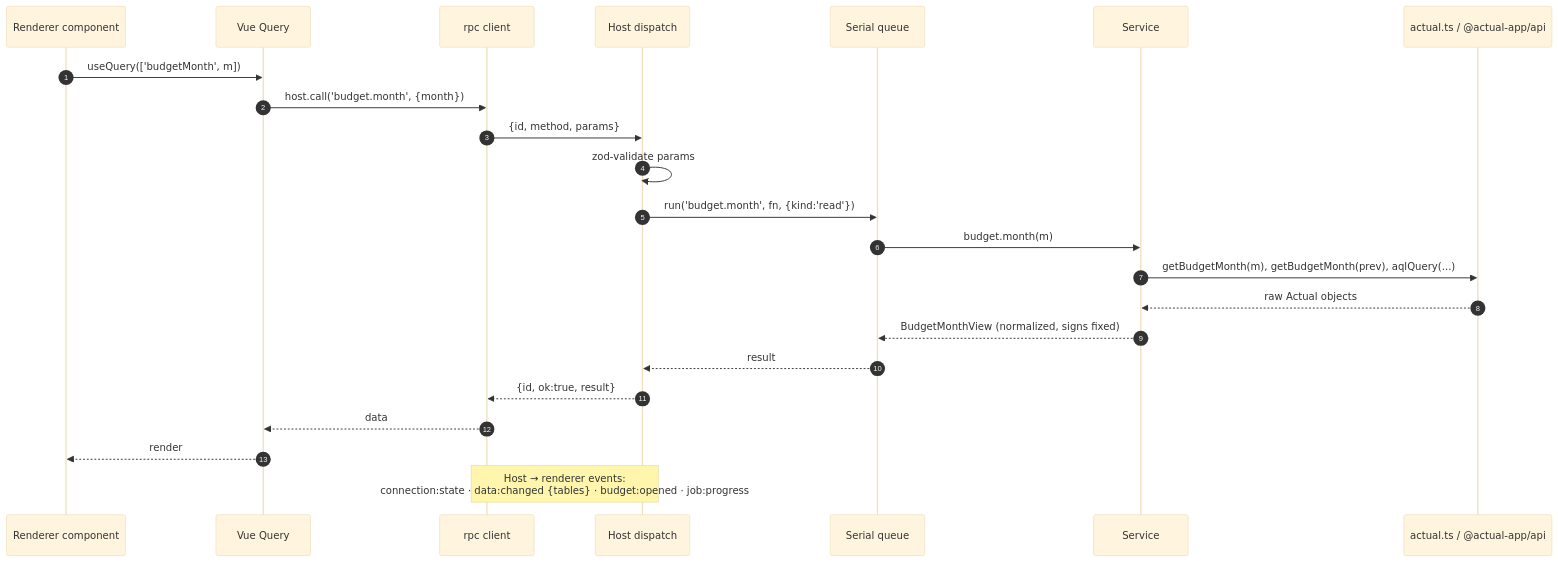
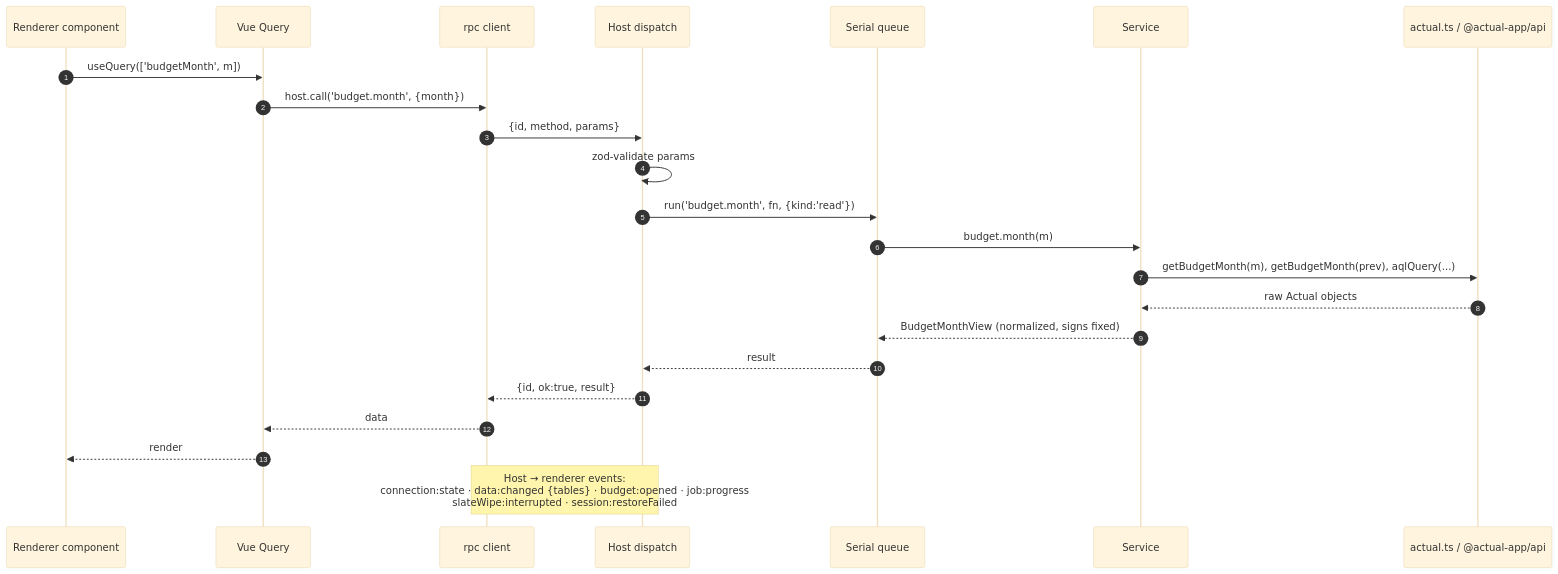
One commit to thomasjbarrett82/actuality changed the fourth of 12 diagrams in docs/architecture.md. Above: the diagram before and after it, drawn with Mermaid (base theme). The commit also changed other lines of this file and 31 other files, not shown here.

````diff
--- a/docs/architecture.md
+++ b/docs/architecture.md
@@ -173,27 +173,27 @@
 ```mermaid
 sequenceDiagram
     autonumber
     participant UI as Renderer component
     participant VQ as Vue Query
     participant C as rpc client
     participant D as Host dispatch
     participant Q as Serial queue
     participant S as Service
     participant A as actual.ts / @actual-app/api
 
     UI->>VQ: useQuery(['budgetMonth', m])
     VQ->>C: host.call('budget.month', {month})
     C->>D: {id, method, params}
     D->>D: zod-validate params
     D->>Q: run('budget.month', fn, {kind:'read'})
     Q->>S: budget.month(m)
     S->>A: getBudgetMonth(m), getBudgetMonth(prev), aqlQuery(...)
     A-->>S: raw Actual objects
     S-->>Q: BudgetMonthView (normalized, signs fixed)
     Q-->>D: result
     D-->>C: {id, ok:true, result}
     C-->>VQ: data
     VQ-->>UI: render
 
-    Note over D,C: Host → renderer events:<br/>connection:state · data:changed {tables} · budget:opened · job:progress
+    Note over D,C: Host → renderer events:<br/>connection:state · data:changed {tables} · budget:opened · job:progress<br/>slateWipe:interrupted · session:restoreFailed
 ```
````
